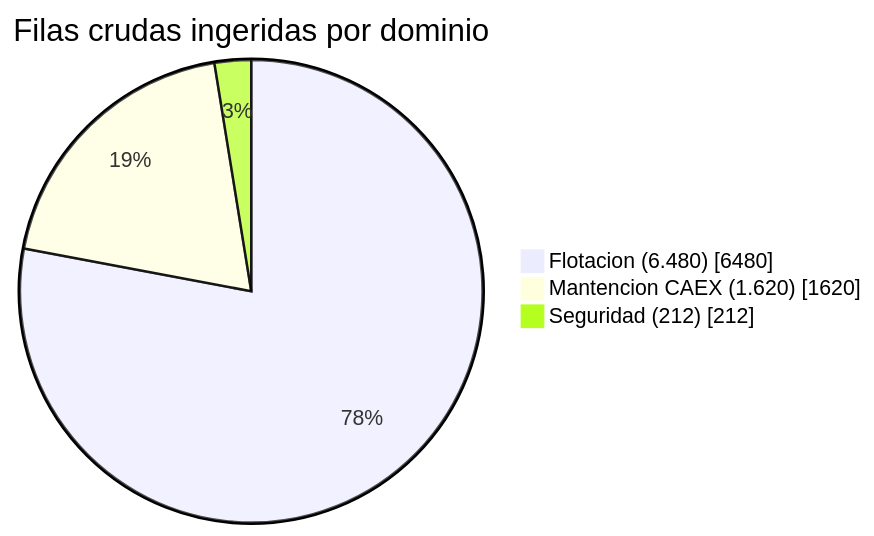
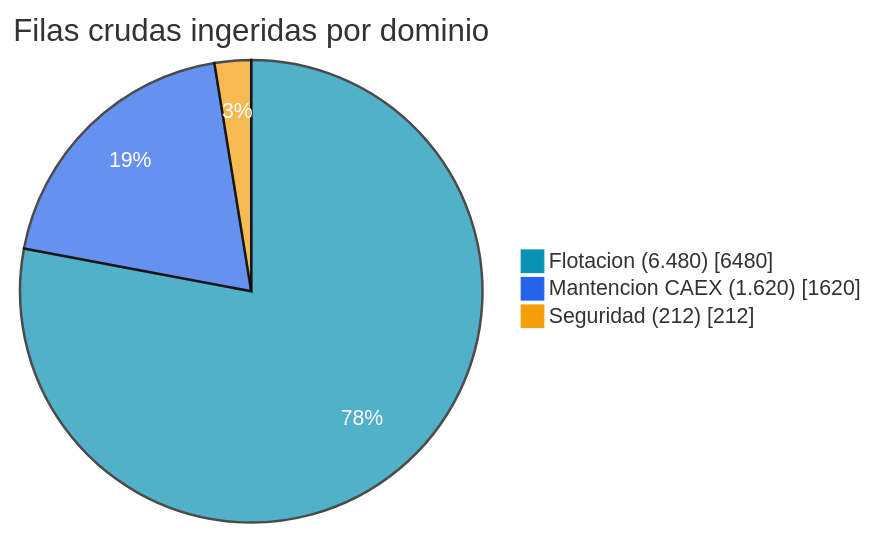
Before and after one commit to Rxyxs/data-warehouse-analitico-mineria-chile: the third of 4 diagrams in README.es.md, drawn with Mermaid. The commit also changed other lines of this file and 1 other file, not shown here.

Commit message:
style: brighter, more professional colors for README pie charts

````diff
--- a/README.es.md
+++ b/README.es.md
@@ -122,6 +122,7 @@
 ```mermaid
+%%{init: {'theme': 'base', 'themeVariables': {'pie1': '#0891b2', 'pie2': '#2563eb', 'pie3': '#f59e0b', 'pieOuterStrokeWidth': '0px', 'pieSectionTextColor': '#ffffff'}}}%%
 pie showData title Filas crudas ingeridas por dominio
     "Flotacion (6.480)" : 6480
     "Mantencion CAEX (1.620)" : 1620
     "Seguridad (212)" : 212
 ```
````
